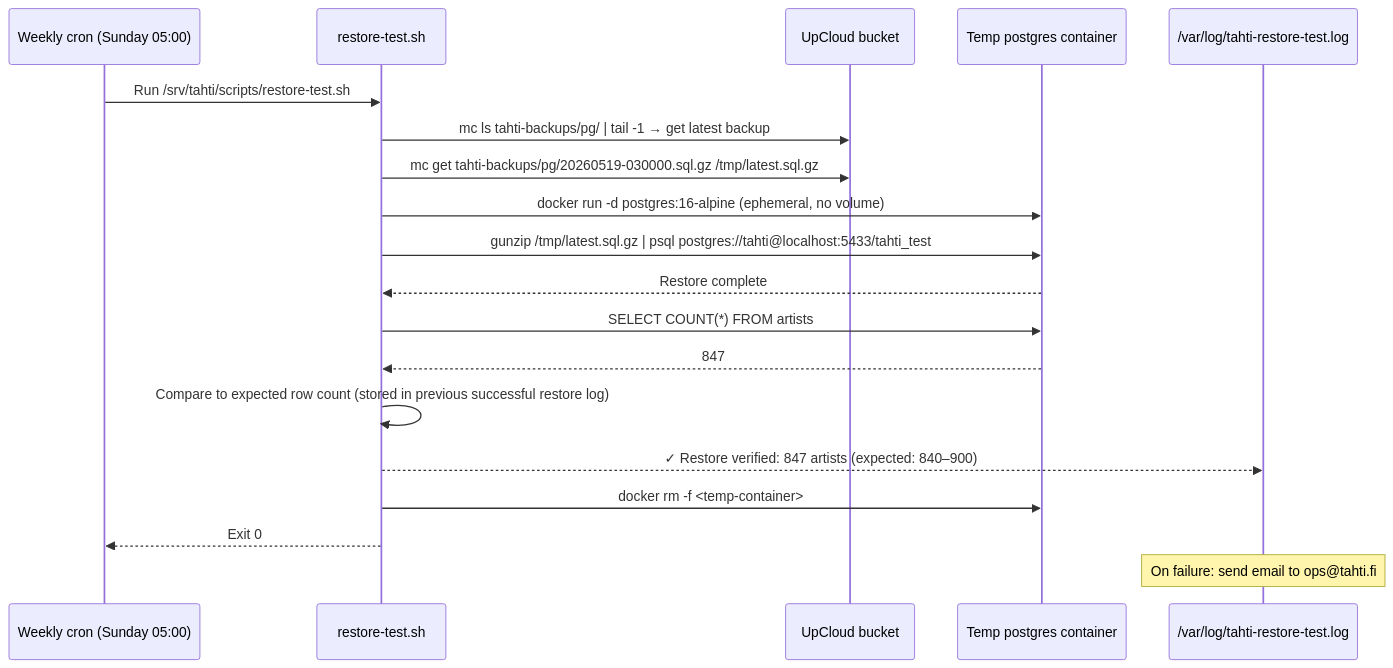
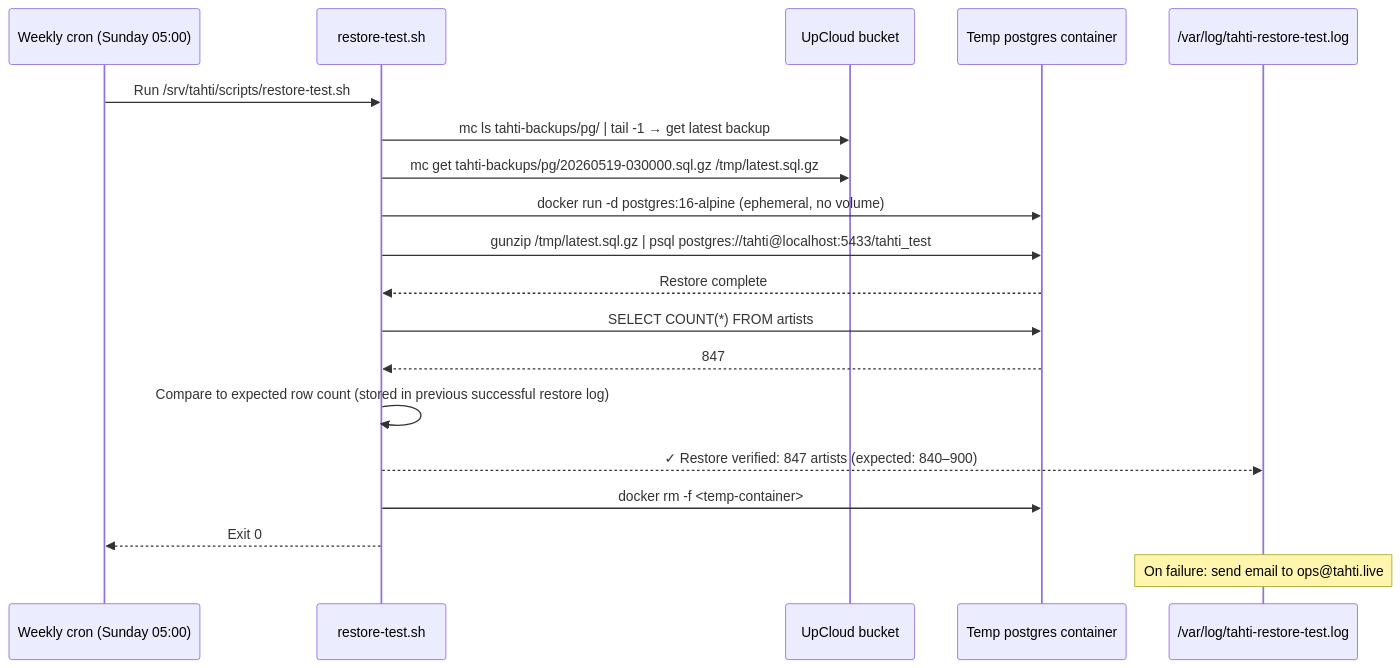
The fifth of 8 diagrams in docs/technical/journey-ops.md (janiluuk/tahti-org), drawn with Mermaid before and after one commit. The commit also changed other lines of this file and 148 other files, not shown here.

First line of the commit message:
feat(m10): member governance, chat polish, domain rename to tahti.live

````diff
--- a/docs/technical/journey-ops.md
+++ b/docs/technical/journey-ops.md
@@ -153,28 +153,28 @@
 ```mermaid
 sequenceDiagram
     participant Cron as Weekly cron (Sunday 05:00)
     participant Script as restore-test.sh
     participant S3 as UpCloud bucket
     participant TMP as Temp postgres container
     participant Log as /var/log/tahti-restore-test.log
 
     Cron->>Script: Run /srv/tahti/scripts/restore-test.sh
 
     Script->>S3: mc ls tahti-backups/pg/ | tail -1 → get latest backup
     Script->>S3: mc get tahti-backups/pg/20260519-030000.sql.gz /tmp/latest.sql.gz
 
     Script->>TMP: docker run -d postgres:16-alpine (ephemeral, no volume)
     Script->>TMP: gunzip /tmp/latest.sql.gz | psql postgres://tahti@localhost:5433/tahti_test
     TMP-->>Script: Restore complete
 
     Script->>TMP: SELECT COUNT(*) FROM artists
     TMP-->>Script: 847
 
     Script->>Script: Compare to expected row count (stored in previous successful restore log)
     Script-->>Log: ✓ Restore verified: 847 artists (expected: 840–900)
 
     Script->>TMP: docker rm -f <temp-container>
     Script-->>Cron: Exit 0
 
-    Note over Log: On failure: send email to ops@tahti.fi
+    Note over Log: On failure: send email to ops@tahti.live
 ```
````
